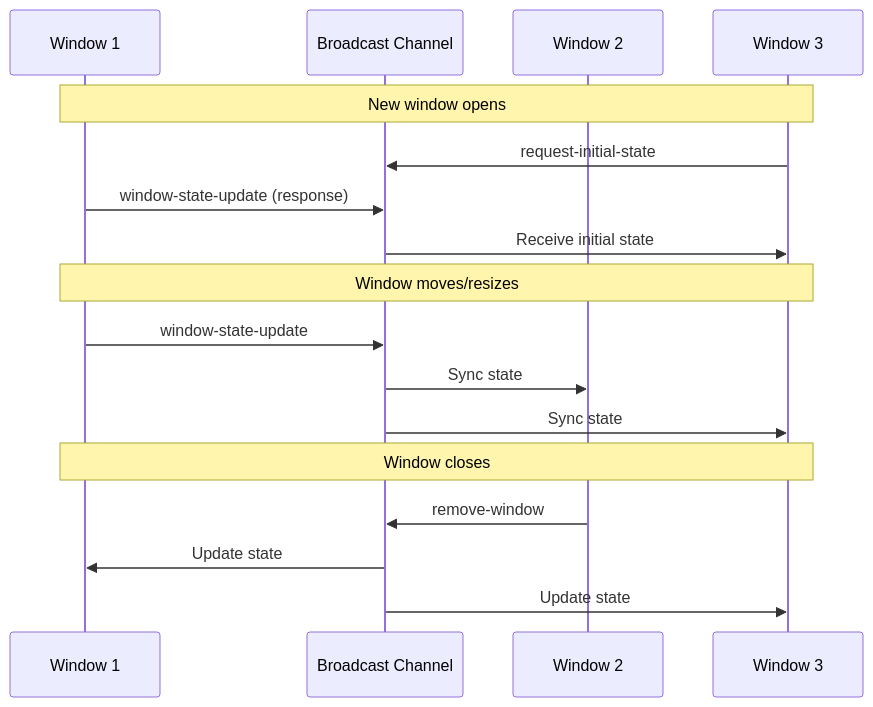
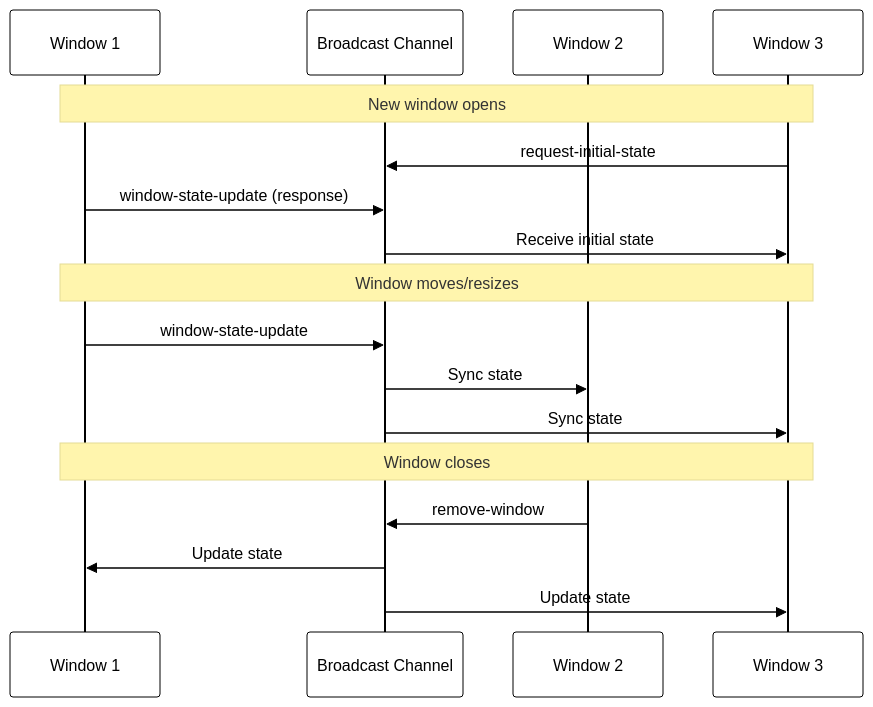
Before and after one commit to Akurganow/browser-windows-sync: the second of 2 diagrams in README.md, drawn with Mermaid. The commit also changed other lines of this file, not shown here.

Commit message:
docs: enhance README mermaid diagrams with colors and theme

````diff
--- a/README.md
+++ b/README.md
@@ -113,22 +113,23 @@
 ```mermaid
+%%{init: {'theme':'base', 'themeVariables': { 'primaryColor': '#ffffff', 'primaryTextColor': '#000000', 'primaryBorderColor': '#000000', 'lineColor': '#000000', 'secondaryColor': '#f0f0f0', 'tertiaryColor': '#ffffff', 'background': '#ffffff', 'mainBkg': '#ffffff', 'secondBkg': '#f0f0f0', 'tertiaryBkg': '#ffffff'}}}%%
 sequenceDiagram
     participant W1 as Window 1
     participant BC as Broadcast Channel
     participant W2 as Window 2
     participant W3 as Window 3
     
     Note over W1,W3: New window opens
     W3->>BC: request-initial-state
     W1->>BC: window-state-update (response)
     BC->>W3: Receive initial state
     
     Note over W1,W3: Window moves/resizes
     W1->>BC: window-state-update
     BC->>W2: Sync state
     BC->>W3: Sync state
     
     Note over W1,W3: Window closes
     W2->>BC: remove-window
     BC->>W1: Update state
     BC->>W3: Update state
 ```
````
